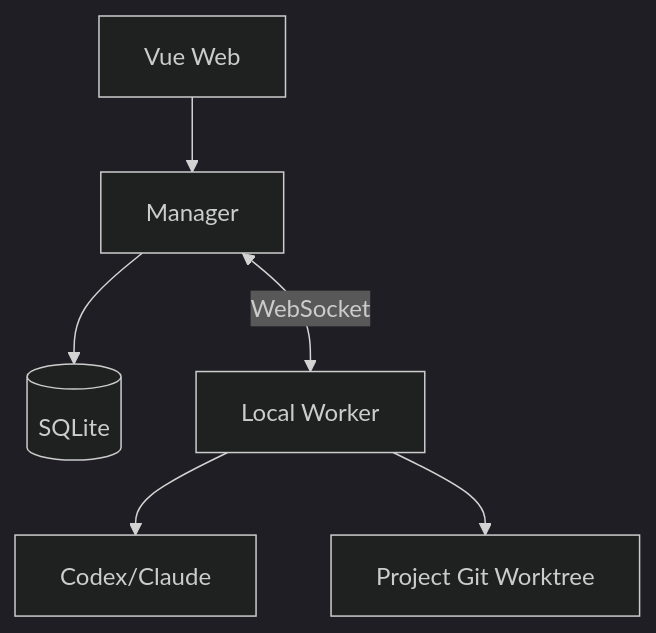
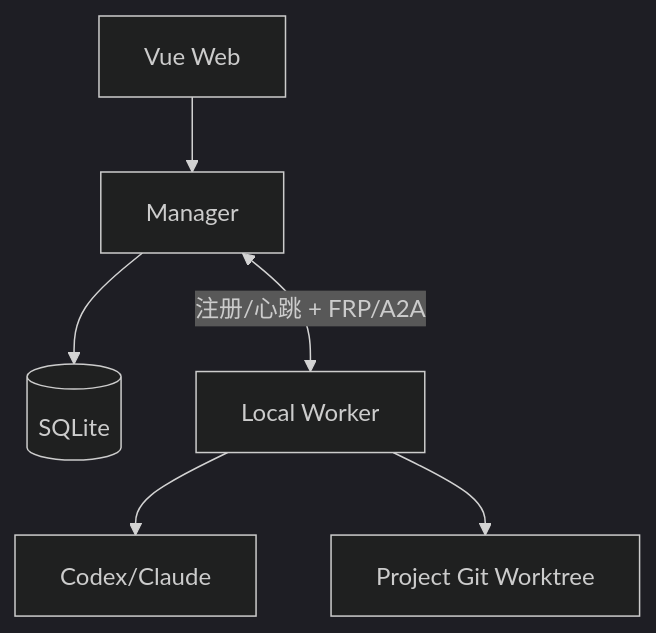
Before and after one commit to tangxusc/block-play-table: the sixth of 7 diagrams in docs/system-design.md, drawn with Mermaid (dark theme). The commit also changed other lines of this file and 214 other files, not shown here.

````diff
--- a/docs/system-design.md
+++ b/docs/system-design.md
@@ -1590,8 +1545,8 @@
 ```mermaid
 flowchart TD
     UI[Vue Web] --> M[Manager]
     M --> DB[(SQLite)]
-    M <-->|WebSocket| W[Local Worker]
+    M <-->|注册/心跳 + FRP/A2A| W[Local Worker]
     W --> A[Codex/Claude]
     W --> FS[Project Git Worktree]
 ```
````
